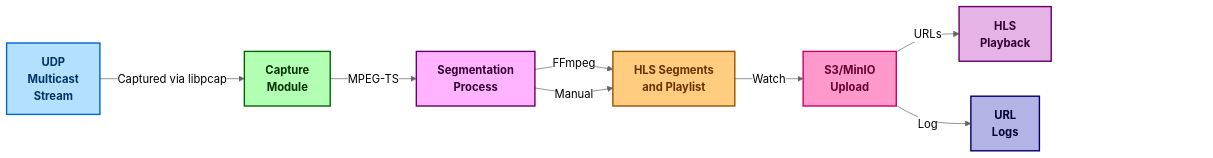
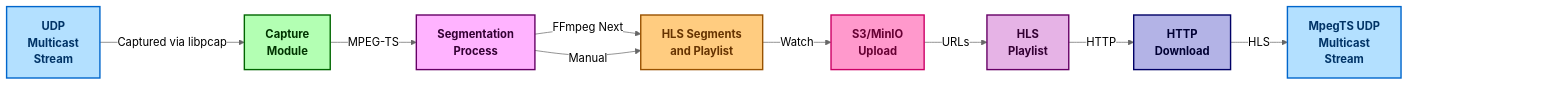
One commit to groovybits/mpegts_to_s3 changed the diagram in README.md. Above: the diagram before and after it, drawn with Mermaid (neutral theme). The commit also changed other lines of this file and 5 other files, not shown here.

Commit message:
hls-to-udp: Add to container for easy build/run

````diff
--- a/README.md
+++ b/README.md
@@ -5,22 +5,24 @@
 ```mermaid
 graph LR
     A["UDP<br/>Multicast<br/>Stream"] -->|"Captured via libpcap"| B["Capture<br/>Module"]
     B -->|"MPEG-TS"| C["Segmentation<br/>Process"]
-    C -->|"FFmpeg"| D["HLS Segments<br/>and Playlist"]
+    C -->|"FFmpeg Next"| D["HLS Segments<br/>and Playlist"]
     C -->|"Manual"| D
     D -->|"Watch"| E["S3/MinIO<br/>Upload"]
-    E -->|"URLs"| F["HLS<br/>Playback"]
-    E -->|"Log"| G["URL<br/>Logs"]
-    G ~~~ Z1[" "]
+    E -->|"URLs"| F["HLS<br/>Playlist"]
+    F -->|"HTTP"| G["HTTP<br/>Download"]
+    G -->|"HLS"| H["MpegTS UDP<br/>Multicast<br/>Stream"]
+    H ~~~ Z1[" "]
     Z1 ~~~ Z2[" "]
 
     style A fill:#b3e0ff,stroke:#0066cc,stroke-width:2px,color:#003366,font-weight:bold
     style B fill:#b3ffb3,stroke:#006600,stroke-width:2px,color:#003300,font-weight:bold
     style C fill:#ffb3ff,stroke:#660066,stroke-width:2px,color:#330033,font-weight:bold
     style D fill:#ffcc80,stroke:#995200,stroke-width:2px,color:#663300,font-weight:bold
     style E fill:#ff99cc,stroke:#cc0066,stroke-width:2px,color:#660033,font-weight:bold
     style F fill:#e6b3e6,stroke:#660066,stroke-width:2px,color:#330033,font-weight:bold
     style G fill:#b3b3e6,stroke:#000066,stroke-width:2px,color:#000033,font-weight:bold
+    style H fill:#b3e0ff,stroke:#0066cc,stroke-width:2px,color:#003366,font-weight:bold
     style Z1 fill:none,stroke:none,color:transparent
     style Z2 fill:none,stroke:none,color:transparent
 ```
````
